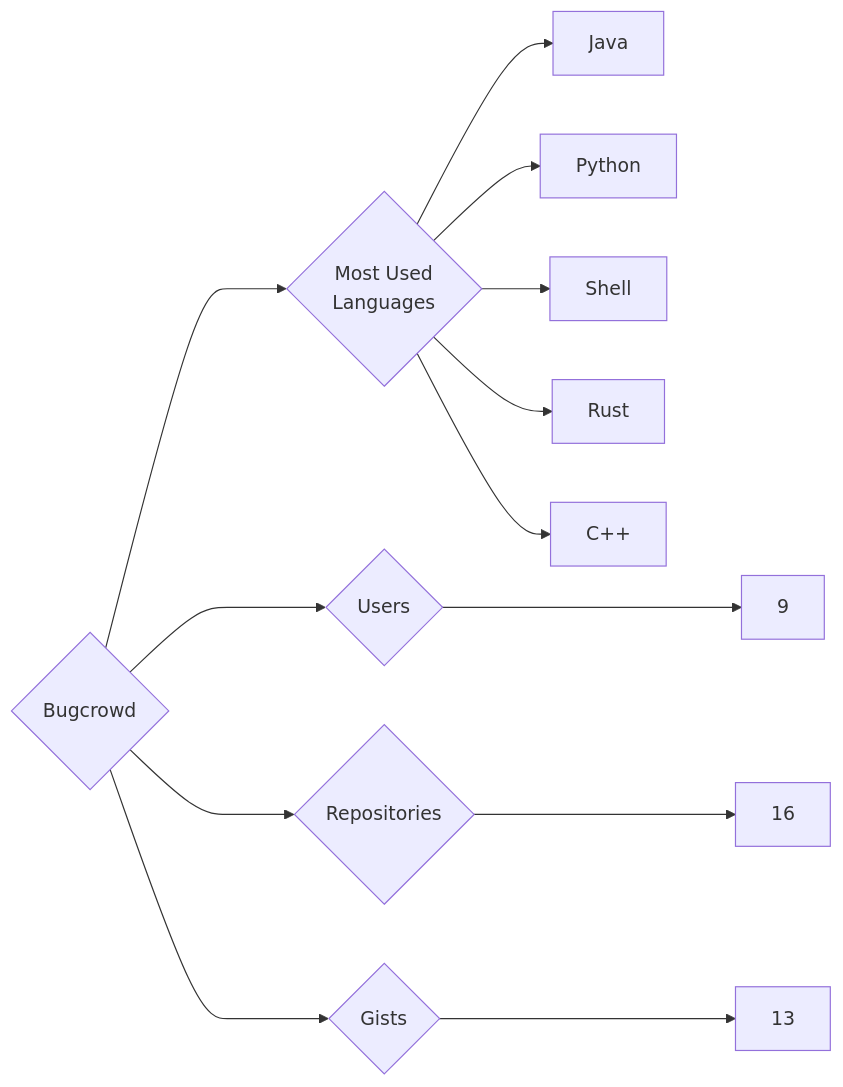
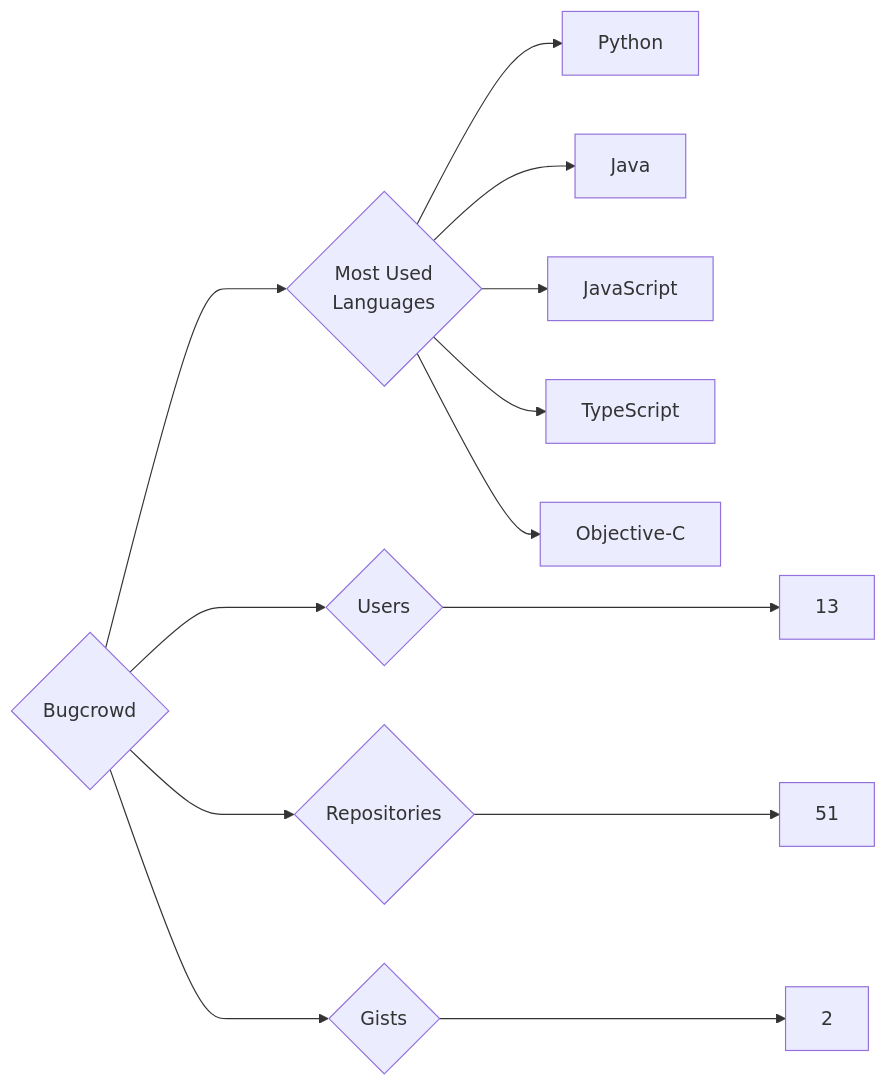
Before and after one commit to trickest/insiders: the diagram in targets/Bugcrowd/README.md, drawn with Mermaid. The commit also changed 1175 other files, not shown here.

````diff
--- a/targets/Bugcrowd/README.md
+++ b/targets/Bugcrowd/README.md
@@ -3,13 +3,13 @@
 ```mermaid
 graph LR
 COMPANY_NAME{Bugcrowd}
-COMPANY_NAME ---> U{Users} ---> UN[9]
-COMPANY_NAME ---> R{Repositories} ---> RN[16]
-COMPANY_NAME ---> G{Gists} ---> GN[13]
+COMPANY_NAME ---> U{Users} ---> UN[13]
+COMPANY_NAME ---> R{Repositories} ---> RN[51]
+COMPANY_NAME ---> G{Gists} ---> GN[2]
 COMPANY_NAME ---> ML{Most Used<br>Languages}
+ML --> Python[Python]
 ML --> Java[Java]
-ML --> Python[Python]
-ML --> Shell[Shell]
-ML --> Rust[Rust]
-ML --> C++[C++]
+ML --> JavaScript[JavaScript]
+ML --> TypeScript[TypeScript]
+ML --> Objective-C[Objective-C]
 ```
````
